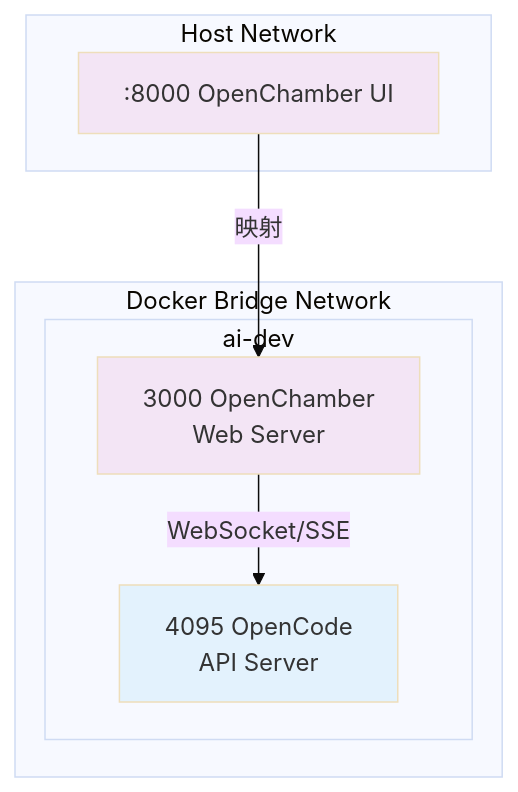
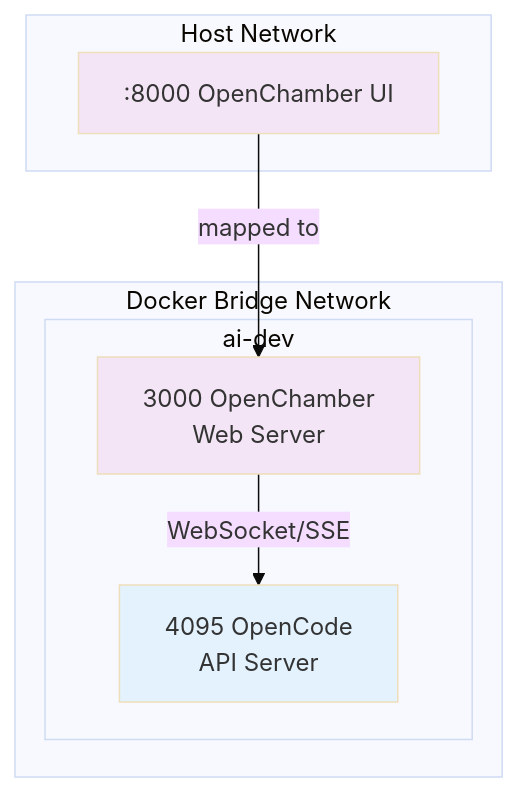
Before and after one commit to tryweb/ai-engkit: the sixth of 10 diagrams in docs/ARCHITECTURE.md, drawn with Mermaid (base theme). The commit also changed other lines of this file and 14 other files, not shown here.

````diff
--- a/docs/ARCHITECTURE.md
+++ b/docs/ARCHITECTURE.md
@@ -183,21 +183,21 @@
 ```mermaid
 graph TB
     subgraph "Host Network"
         HOST_PORT_8000[":8000 OpenChamber UI"]
     end
 
     subgraph "Docker Bridge Network"
         subgraph "ai-dev"
             CONTAINER_3000["3000 OpenChamber<br/>Web Server"]
             CONTAINER_4095["4095 OpenCode<br/>API Server"]
         end
     end
 
-    HOST_PORT_8000 -->|"映射"| CONTAINER_3000
-    
+    HOST_PORT_8000 -->|"mapped to"| CONTAINER_3000
+
     CONTAINER_3000 -->|"WebSocket/SSE"| CONTAINER_4095
 
     style HOST_PORT_8000 fill:#f3e5f5
     style CONTAINER_3000 fill:#f3e5f5
     style CONTAINER_4095 fill:#e3f2fd
 ```
````
